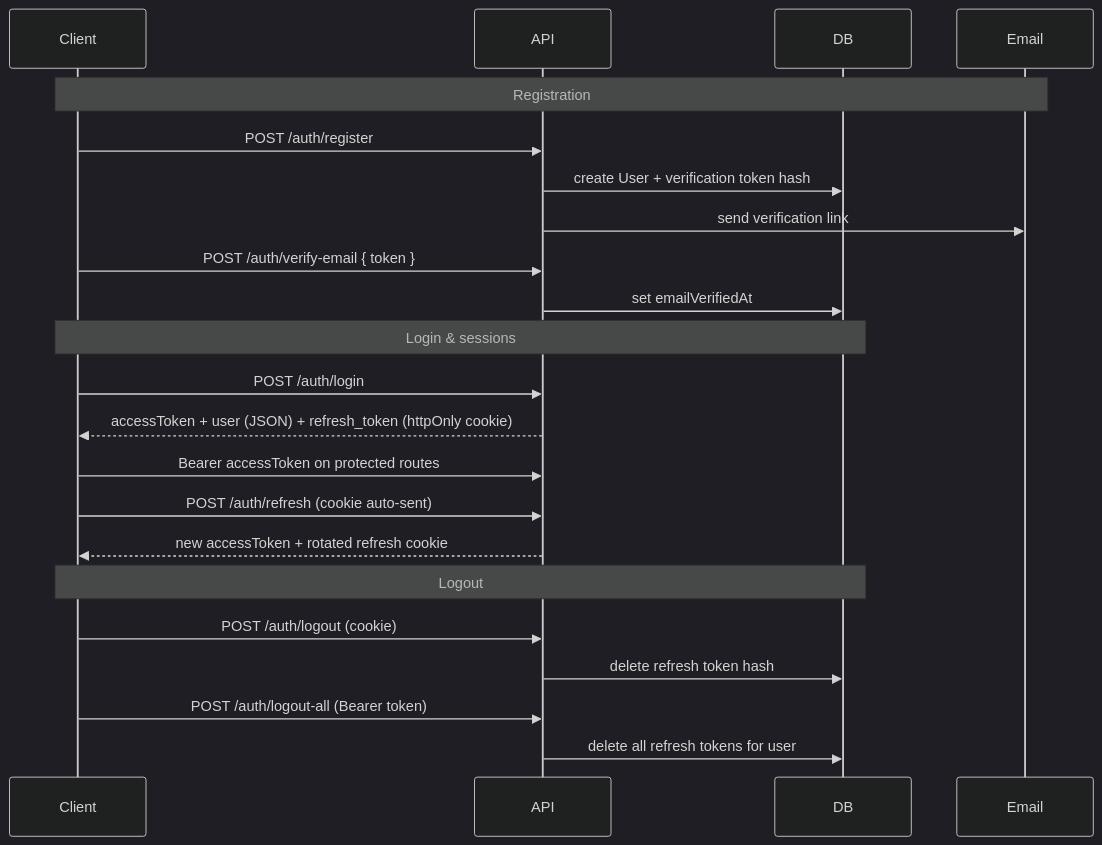
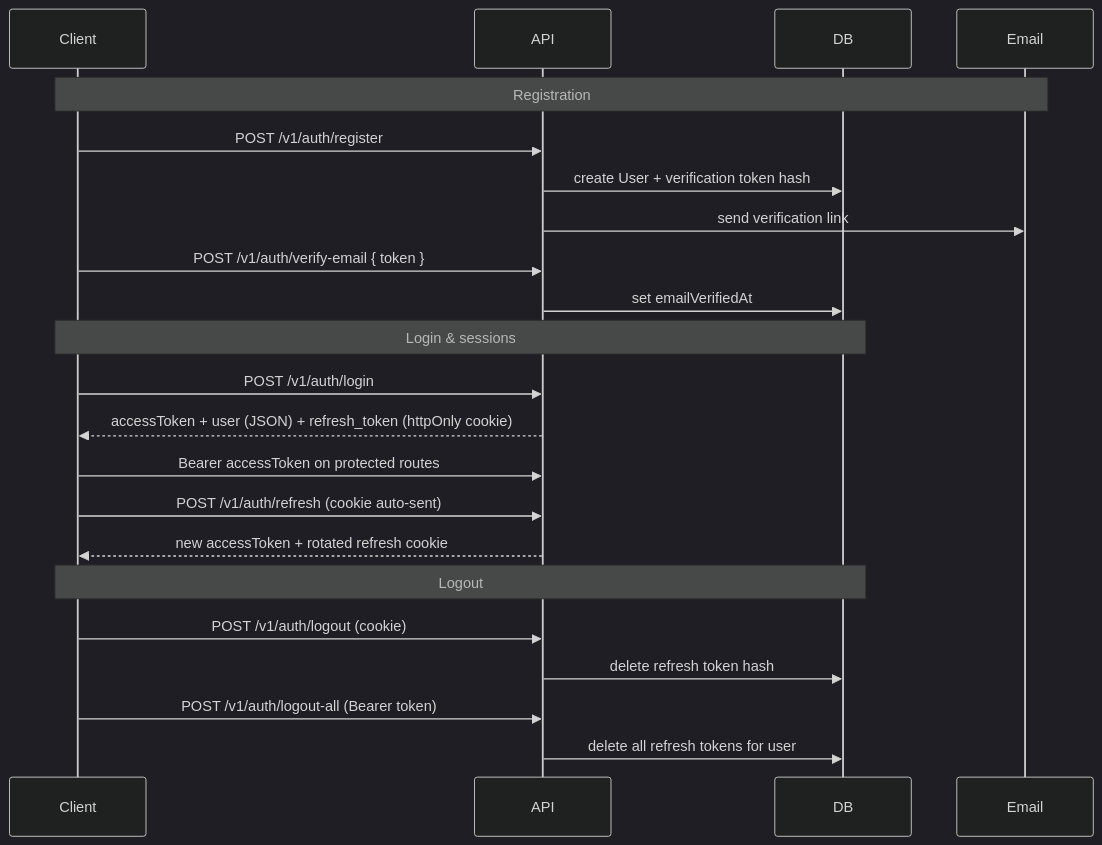
Before and after one commit to habbababbai/wordlopol: the first of 3 diagrams in apps/api/docs/API.md, drawn with Mermaid (dark theme). The commit also changed other lines of this file and 40 other files, not shown here.

````diff
--- a/apps/api/docs/API.md
+++ b/apps/api/docs/API.md
@@ -11,27 +21,27 @@
 ```mermaid
 sequenceDiagram
     participant Client
     participant API
     participant DB
     participant Email
 
     Note over Client,Email: Registration
-    Client->>API: POST /auth/register
+    Client->>API: POST /v1/auth/register
     API->>DB: create User + verification token hash
     API->>Email: send verification link
-    Client->>API: POST /auth/verify-email { token }
+    Client->>API: POST /v1/auth/verify-email { token }
     API->>DB: set emailVerifiedAt
 
     Note over Client,DB: Login & sessions
-    Client->>API: POST /auth/login
+    Client->>API: POST /v1/auth/login
     API-->>Client: accessToken + user (JSON) + refresh_token (httpOnly cookie)
     Client->>API: Bearer accessToken on protected routes
-    Client->>API: POST /auth/refresh (cookie auto-sent)
+    Client->>API: POST /v1/auth/refresh (cookie auto-sent)
     API-->>Client: new accessToken + rotated refresh cookie
 
     Note over Client,DB: Logout
-    Client->>API: POST /auth/logout (cookie)
+    Client->>API: POST /v1/auth/logout (cookie)
     API->>DB: delete refresh token hash
-    Client->>API: POST /auth/logout-all (Bearer token)
+    Client->>API: POST /v1/auth/logout-all (Bearer token)
     API->>DB: delete all refresh tokens for user
 ```
````
